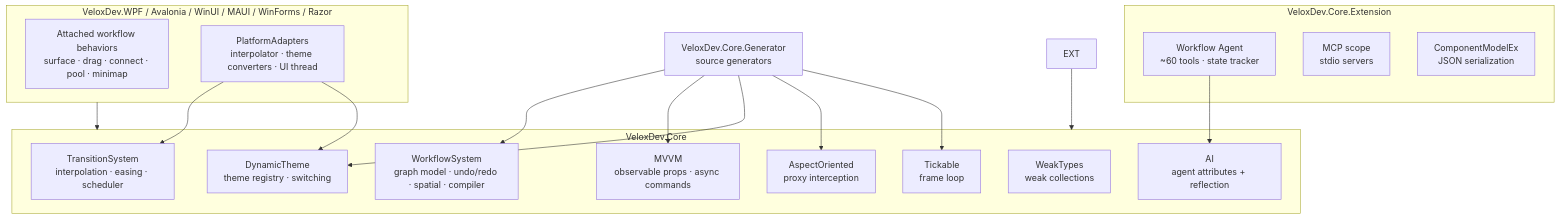
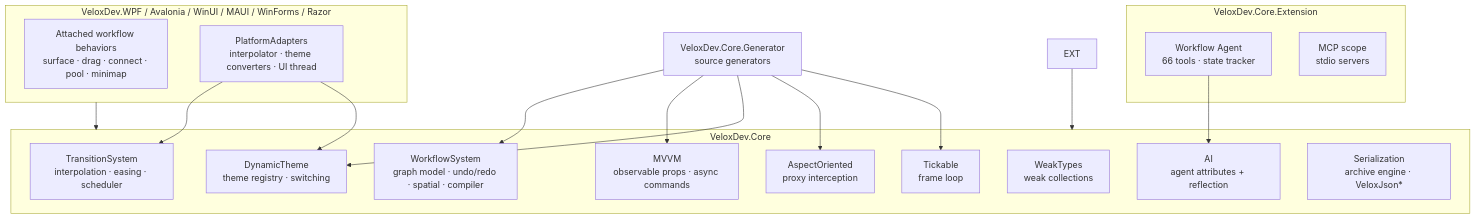
One commit to Axvser/VeloxDev.Docs changed the diagram in src/CloudGlyph/Assets/Docs/content/en/3_SE_Analysis/01_functional-structure/index.md. Above: the diagram before and after it, drawn with Mermaid. The commit also changed other lines of this file and 79 other files, not shown here.

````diff
--- a/src/CloudGlyph/Assets/Docs/content/en/3_SE_Analysis/01_functional-structure/index.md
+++ b/src/CloudGlyph/Assets/Docs/content/en/3_SE_Analysis/01_functional-structure/index.md
@@ -21,32 +22,32 @@
 ```mermaid
 flowchart TD
     subgraph Core [VeloxDev.Core]
         WF[WorkflowSystem<br/>graph model · undo/redo · spatial · compiler]
         MV[MVVM<br/>observable props · async commands]
         TR[TransitionSystem<br/>interpolation · easing · scheduler]
         TH[DynamicTheme<br/>theme registry · switching]
         AOP[AspectOriented<br/>proxy interception]
         MB[Tickable<br/>frame loop]
         WT[WeakTypes<br/>weak collections]
         AI[AI<br/>agent attributes + reflection]
+        SER[Serialization<br/>archive engine · VeloxJson*]
     end
     subgraph Ext [VeloxDev.Core.Extension]
-        AGT[Workflow Agent<br/>~60 tools · state tracker]
+        AGT[Workflow Agent<br/>66 tools · state tracker]
         MCP[MCP scope<br/>stdio servers]
-        SER[ComponentModelEx<br/>JSON serialization]
     end
     subgraph Adapters [VeloxDev.WPF / Avalonia / WinUI / MAUI / WinForms / Razor]
         AB[Attached workflow behaviors<br/>surface · drag · connect · pool · minimap]
         PA[PlatformAdapters<br/>interpolator · theme converters · UI thread]
     end
     GEN[VeloxDev.Core.Generator<br/>source generators] --> WF
     GEN --> MV
     GEN --> TH
     GEN --> AOP
     GEN --> MB
     EXT --> Core
     AGT --> AI
     Adapters --> Core
     PA --> TR
     PA --> TH
 ```
````
